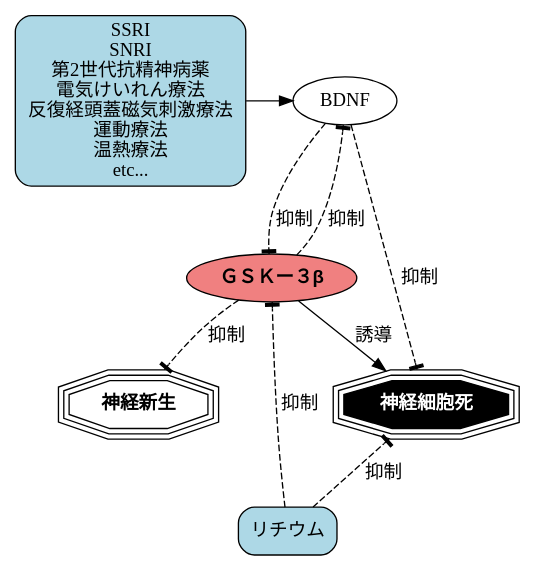
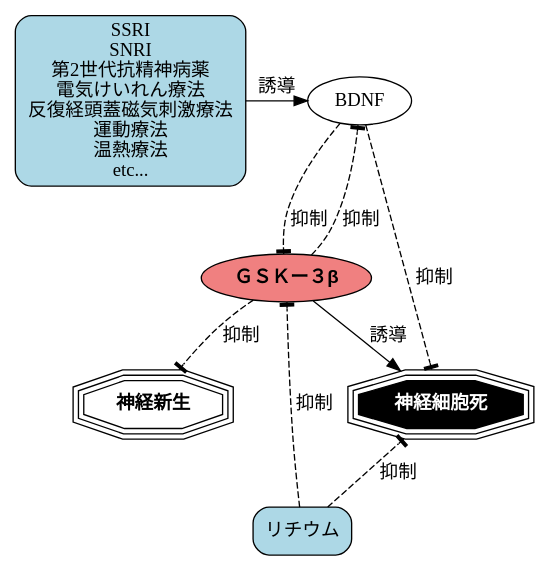
Before and after one commit to mitsugu/likebar: the diagram in 202503/fig2025031803.dot, drawn with Graphviz. The commit also changed 2 other files, not shown here.

```diff
--- a/202503/fig2025031803.dot
+++ b/202503/fig2025031803.dot
@@ -1,23 +1,23 @@
 digraph GSK {
 	SSRI[label="SSRI\nSNRI\n第2世代抗精神病薬\n電気けいれん療法\n反復経頭蓋磁気刺激療法\n運動療法\n温熱療法\netc...", shape=box,fillcolor=lightblue, style="filled, rounded"];
 	BDNF;
 	{rank=min; SSRI;BDNF;}
-	SSRI -> BDNF;
+	SSRI -> BDNF[label="誘導"];
 
 	GSK3B[label="ＧＳＫー３β", fillcolor="lightcoral", style="filled", fontcolor=black, fontname="Helvetica-Bold"];
 	BDNF -> GSK3B[label=" 抑制", arrowhead=tee, style="dashed"];
 	GSK3B -> BDNF[label=" 抑制", arrowhead=tee, style="dashed"];
 
 	Neurogenesis[label="神経新生", shape=tripleoctagon, fontname="Helvetica-Bold"];
 	{rank=same;Neurogenesis;Apoptosis;}
 	GSK3B -> Neurogenesis[label=" 抑制", arrowhead=tee, style="dashed"];
 
 	Li [label="リチウム", shape=box,fillcolor=lightblue, style="filled, rounded"];
 	{rank=max; Li;}
 	Li -> GSK3B[label=" 抑制", arrowhead=tee, style="dashed"];
 
 	Apoptosis[label = "神経細胞死", shape=tripleoctagon, fillcolor=black, style="filled" fontcolor=white, fontname="Helvetica-Bold"];
 	GSK3B -> Apoptosis[label="誘導"];
 	BDNF -> Apoptosis[label=" 抑制", arrowhead=tee, style="dashed"];
 	Li -> Apoptosis[label=" 抑制", arrowhead=tee, style="dashed"];
 }
```
